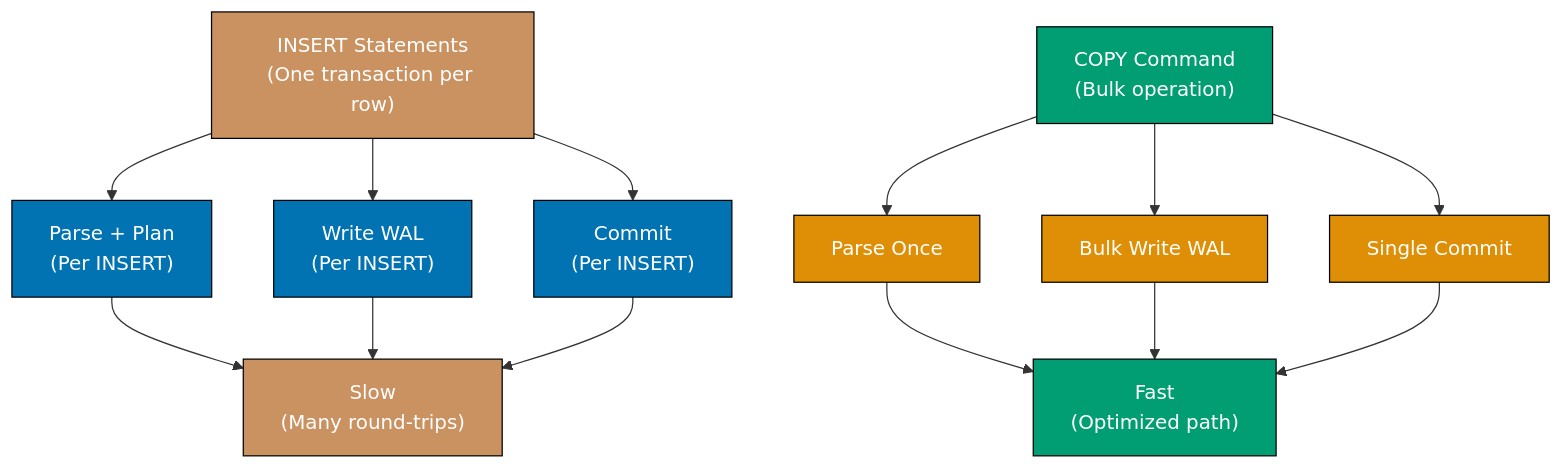
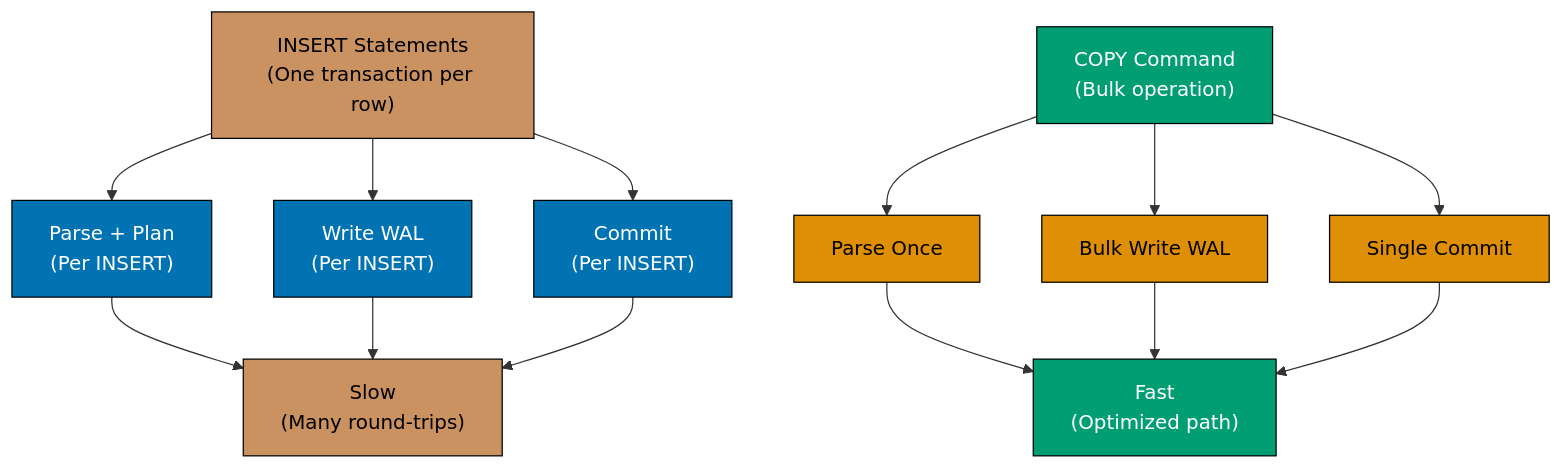
Before and after one commit to wahidyankf/open-sharia-enterprise: diagram 12 of 12 in apps/ayokoding-web/content/en/learn/software-engineering/data/databases/postgresql/by-example/intermediate.md, drawn with Mermaid. The commit also changed other lines of this file and 157 other files, not shown here.

````diff
--- a/apps/ayokoding-web/content/en/learn/software-engineering/data/databases/postgresql/by-example/intermediate.md
+++ b/apps/ayokoding-web/content/en/learn/software-engineering/data/databases/postgresql/by-example/intermediate.md
@@ -3583,39 +3595,39 @@
 ```mermaid
 %% Color Palette: Blue #0173B2, Orange #DE8F05, Teal #029E73, Purple #CC78BC, Brown #CA9161
 graph TD
     A["INSERT Statements<br/>(One transaction per row)"]
     B["COPY Command<br/>(Bulk operation)"]
     C["Parse + Plan<br/>(Per INSERT)"]
     D["Write WAL<br/>(Per INSERT)"]
     E["Commit<br/>(Per INSERT)"]
     F["Parse Once"]
     G["Bulk Write WAL"]
     H["Single Commit"]
     I["Slow<br/>(Many round-trips)"]
     J["Fast<br/>(Optimized path)"]
 
     A --> C
     A --> D
     A --> E
     C --> I
     D --> I
     E --> I
 
     B --> F
     B --> G
     B --> H
     F --> J
     G --> J
     H --> J
 
-    style A fill:#CA9161,stroke:#000,color:#fff
+    style A fill:#CA9161,stroke:#000,color:#000
     style B fill:#029E73,stroke:#000,color:#fff
     style C fill:#0173B2,stroke:#000,color:#fff
     style D fill:#0173B2,stroke:#000,color:#fff
     style E fill:#0173B2,stroke:#000,color:#fff
-    style F fill:#DE8F05,stroke:#000,color:#fff
-    style G fill:#DE8F05,stroke:#000,color:#fff
-    style H fill:#DE8F05,stroke:#000,color:#fff
-    style I fill:#CA9161,stroke:#000,color:#fff
+    style F fill:#DE8F05,stroke:#000,color:#000
+    style G fill:#DE8F05,stroke:#000,color:#000
+    style H fill:#DE8F05,stroke:#000,color:#000
+    style I fill:#CA9161,stroke:#000,color:#000
     style J fill:#029E73,stroke:#000,color:#fff
 ```
````
